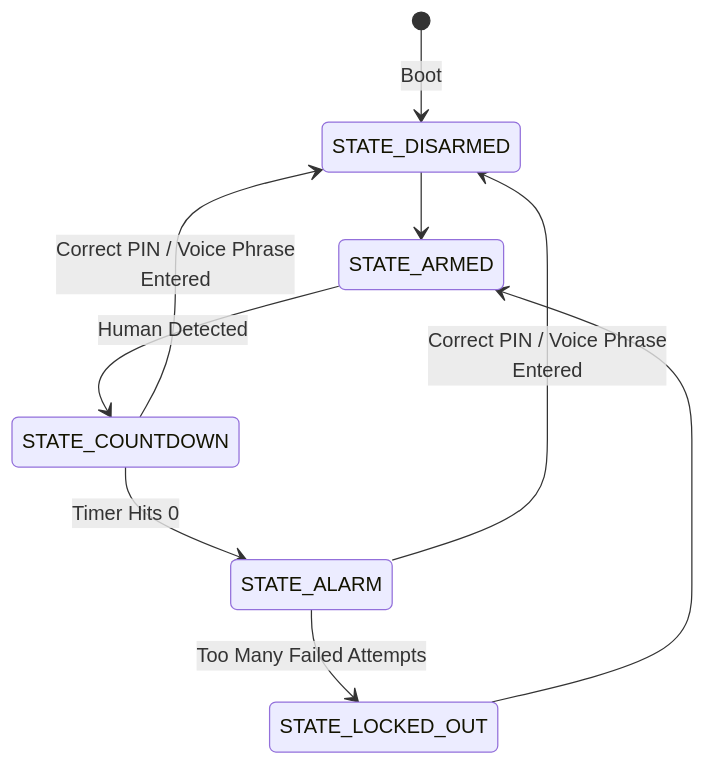
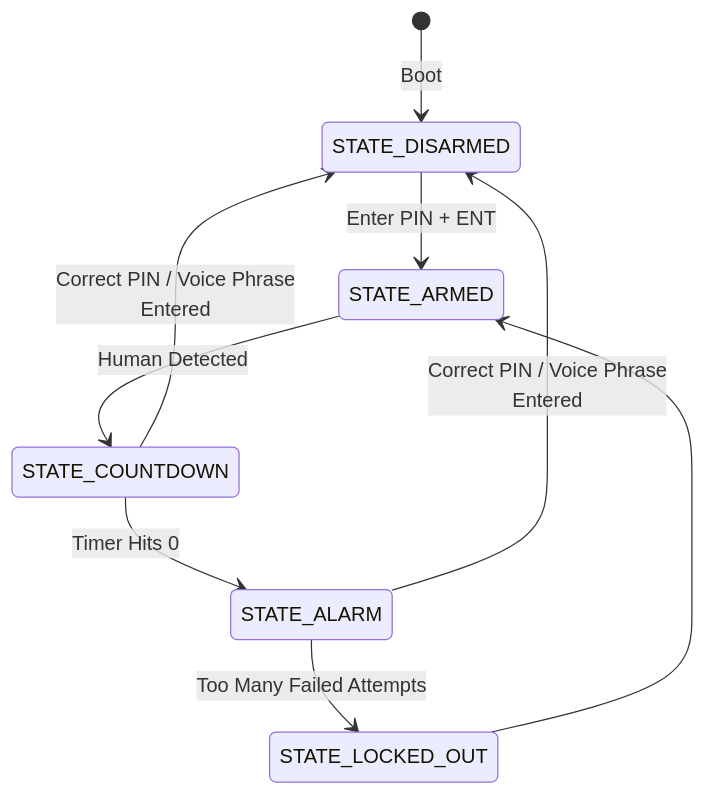
The second of 2 diagrams in README.md (NattDocumented/HSOD-Home-Security-Of-DOOM), drawn with Mermaid before and after one commit. The commit also changed other lines of this file and 1 other file, not shown here.

Commit message:
Add PIN required for arming

````diff
--- a/README.md
+++ b/README.md
@@ -73,18 +73,18 @@
 ```mermaid
 
 stateDiagram-v2
   [*] --> STATE_DISARMED : Boot
 
-  STATE_DISARMED --> STATE_ARMED
+  STATE_DISARMED --> STATE_ARMED : Enter PIN + ENT
 
   STATE_ARMED --> STATE_COUNTDOWN : Human Detected
 
   STATE_COUNTDOWN --> STATE_DISARMED : Correct PIN / Voice Phrase <br> Entered 
   STATE_COUNTDOWN --> STATE_ALARM : Timer Hits 0
 
   STATE_ALARM --> STATE_DISARMED : Correct PIN / Voice Phrase <br> Entered 
   STATE_ALARM --> STATE_LOCKED_OUT : Too Many Failed Attempts
 
   STATE_LOCKED_OUT --> STATE_ARMED  
 
 ```
````
